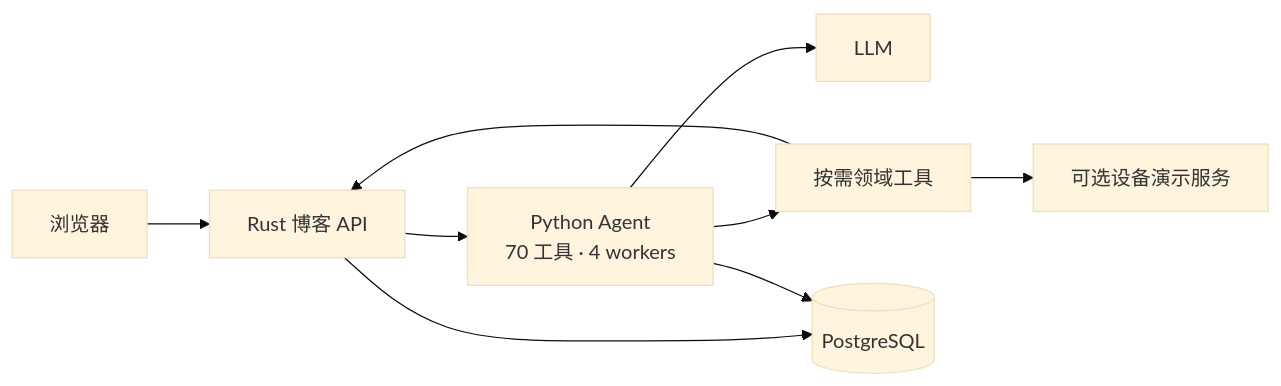
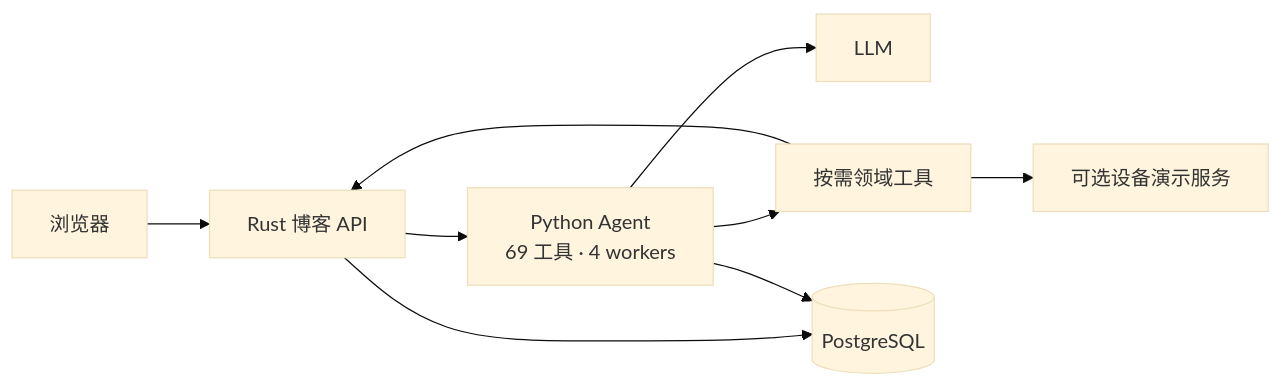
The first of 5 diagrams in docs/agent-architecture.md (BigLeopardCat/saudade-blog-agent), drawn with Mermaid (base theme) before and after one commit. The commit also changed other lines of this file and 29 other files, not shown here.

````diff
--- a/docs/agent-architecture.md
+++ b/docs/agent-architecture.md
@@ -19,11 +19,11 @@
 ```mermaid
 flowchart LR
     UI[浏览器] --> BLOG[Rust 博客 API]
-    BLOG --> AGENT[Python Agent<br/>70 工具 · 4 workers]
+    BLOG --> AGENT[Python Agent<br/>69 工具 · 4 workers]
     AGENT --> MODEL[LLM]
     AGENT --> TOOLS[按需领域工具]
     TOOLS --> BLOG
     BLOG --> DB[(PostgreSQL)]
     AGENT --> DB
     TOOLS --> DEVICE[可选设备演示服务]
 ```
````
